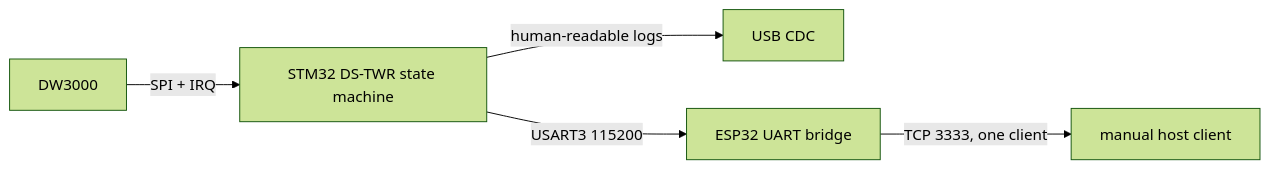
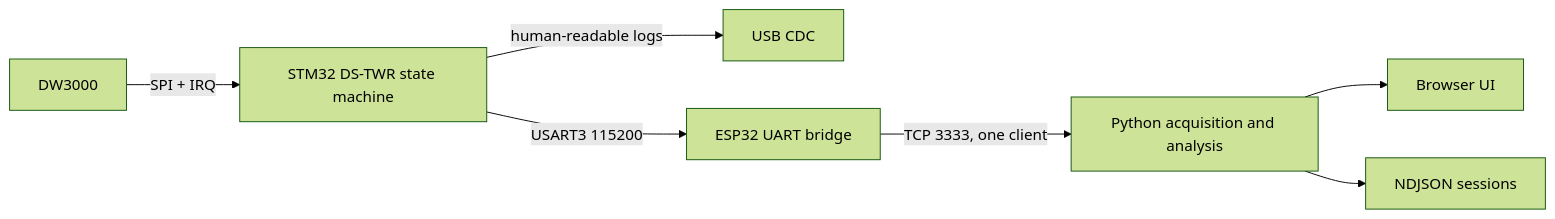
The diagram in docs/CODEBASE_LAYOUT.md (dorian-bs/UWB), drawn with Mermaid (forest theme) before and after one commit. The commit also changed other lines of this file and 23 other files, not shown here.

````diff
--- a/docs/CODEBASE_LAYOUT.md
+++ b/docs/CODEBASE_LAYOUT.md
@@ -89,7 +97,9 @@
 ```mermaid
 flowchart LR
     DW[DW3000] -->|SPI + IRQ| STM[STM32 DS-TWR state machine]
     STM -->|human-readable logs| USB[USB CDC]
     STM -->|USART3 115200| ESP[ESP32 UART bridge]
-    ESP -->|TCP 3333, one client| HOST[manual host client]
+    ESP -->|TCP 3333, one client| HOST[Python acquisition and analysis]
+    HOST --> UI[Browser UI]
+    HOST --> DATA[NDJSON sessions]
 ```
````
